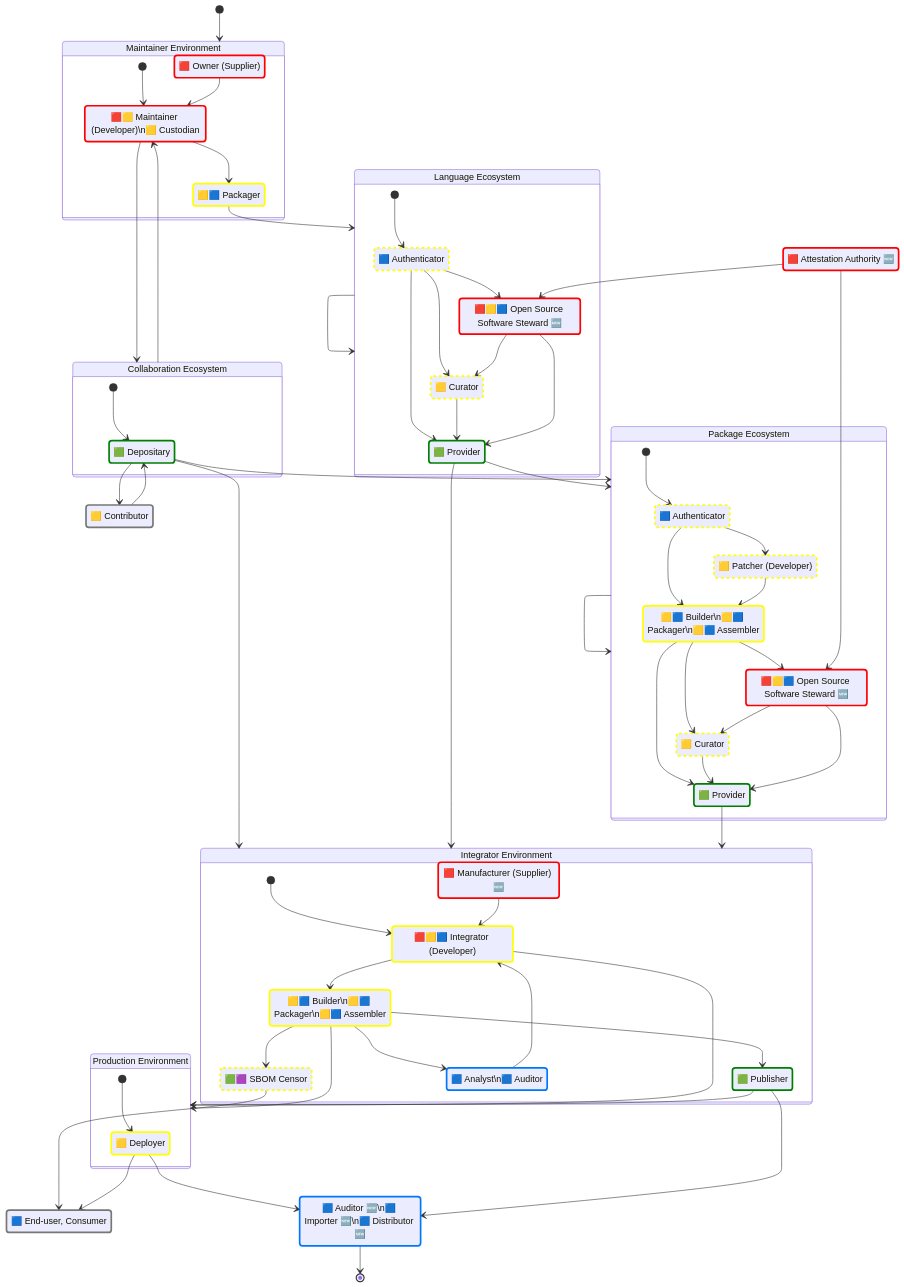
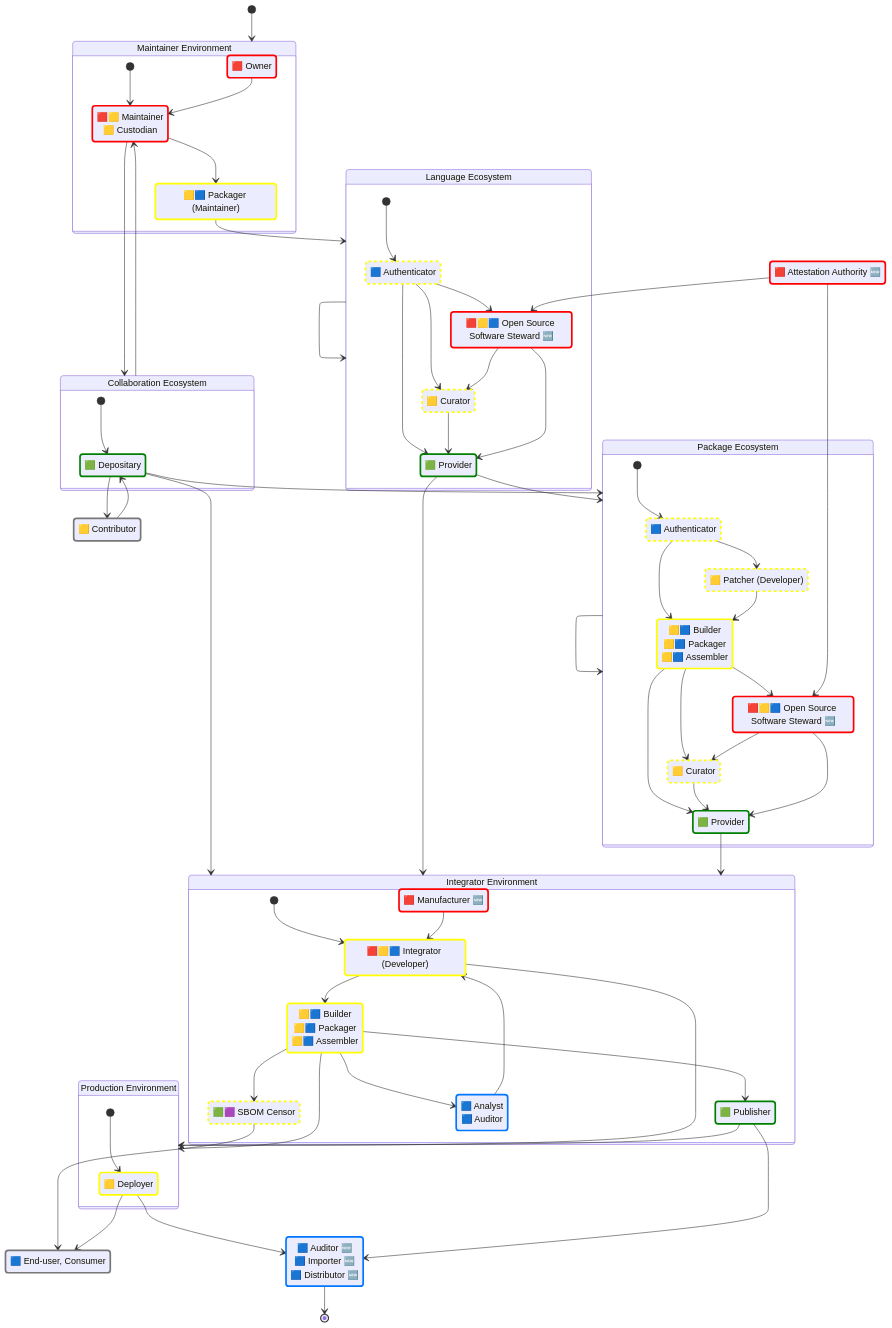
One commit to CPAN-Security/security.metacpan.org changed the third of 4 diagrams in docs/supplychain-sbom.md. Above: the diagram before and after it, drawn with Mermaid. The commit also changed other lines of this file, not shown here.

Commit message:
WIP: Reorg document; Add ecosystem detail graphs; Move unused terms to end of document;

```diff
--- a/docs/supplychain-sbom.md
+++ b/docs/supplychain-sbom.md
@@ -200,9 +200,9 @@
     %%accDescr: This graph illustrates how different types of development environments and ecosystems interconnect, what kind of roles you may find in these, and what type of metadata operations they may care to do
 
     %%
-    state "🟥 Owner (Supplier)" as maintainer_owner
-    state "🟥🟨 Maintainer (Developer)\n🟨 Custodian" as maintainer_author
-    state "🟨🟦 Packager" as language_packager
+    state "🟥 Owner" as maintainer_owner
+    state "🟥🟨 Maintainer<br>🟨 Custodian" as maintainer_author
+    state "🟨🟦 Packager (Maintainer)" as language_packager
 
     %%
     state "🟥 Attestation Authority 🆕" as authority_attester
@@ -220,24 +220,24 @@
     %%
     state "🟦 Authenticator" as package_authenticator
     state "🟨 Patcher (Developer)" as package_patcher
-    state "🟨🟦 Builder\n🟨🟦 Packager\n🟨🟦 Assembler" as package_packager
+    state "🟨🟦 Builder<br>🟨🟦 Packager<br>🟨🟦 Assembler" as package_packager
     %% FIXME: package_steward not useful/necessary?
     state "🟥🟨🟦 Open Source Software Steward 🆕" as package_steward
     state "🟨 Curator" as package_curator
     state "🟩 Provider" as package_distributor
 
     %%
-    state "🟥 Manufacturer (Supplier) 🆕" as integrator_owner
+    state "🟥 Manufacturer 🆕" as integrator_owner
     state "🟥🟨🟦 Integrator (Developer)" as integrator_developer
-    state "🟨🟦 Builder\n🟨🟦 Packager\n🟨🟦 Assembler" as integrator_builder
+    state "🟨🟦 Builder<br>🟨🟦 Packager<br>🟨🟦 Assembler" as integrator_builder
     state "🟩🟪 SBOM Censor" as integrator_censor
     state "🟩 Publisher" as integrator_publisher
-    state "🟦 Analyst\n🟦 Auditor" as integrator_analyst
+    state "🟦 Analyst<br>🟦 Auditor" as integrator_analyst
 
     %%
     state "🟨 Deployer" as prod_deployer
     state "🟦 End-user, Consumer" as external_consumer
-    state "🟦 Auditor 🆕\n🟦 Importer 🆕\n🟦 Distributor 🆕" as authority_auditor
+    state "🟦 Auditor 🆕<br>🟦 Importer 🆕<br>🟦 Distributor 🆕" as authority_auditor
 
     %%
     classDef createsSBOM stroke:red,stroke-width:3px;
```
